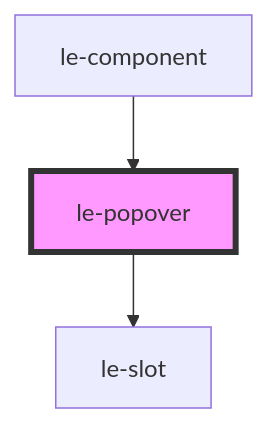
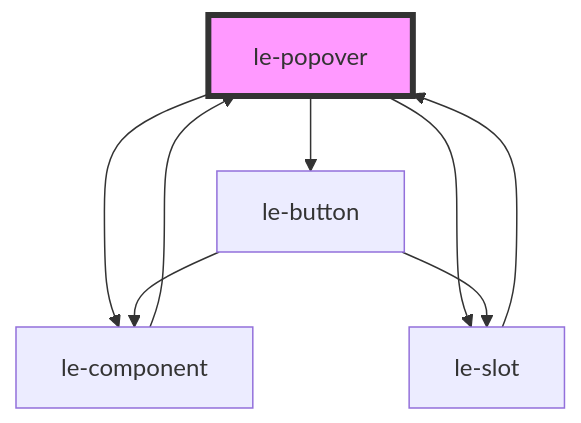
One commit to leechy/le-kit changed the diagram in src/components/le-popover/readme.md. Above: the diagram before and after it, drawn with Mermaid. The commit also changed other lines of this file and 9 other files, not shown here.

First line of the commit message:
feat(le-slot): add component picker for slot dropzones

````diff
--- a/src/components/le-popover/readme.md
+++ b/src/components/le-popover/readme.md
@@ -90,6 +94,11 @@
 ```mermaid
 graph TD;
+  le-popover --> le-component
   le-popover --> le-slot
+  le-popover --> le-button
   le-component --> le-popover
+  le-button --> le-component
+  le-button --> le-slot
+  le-slot --> le-popover
   style le-popover fill:#f9f,stroke:#333,stroke-width:4px
 ```
````
